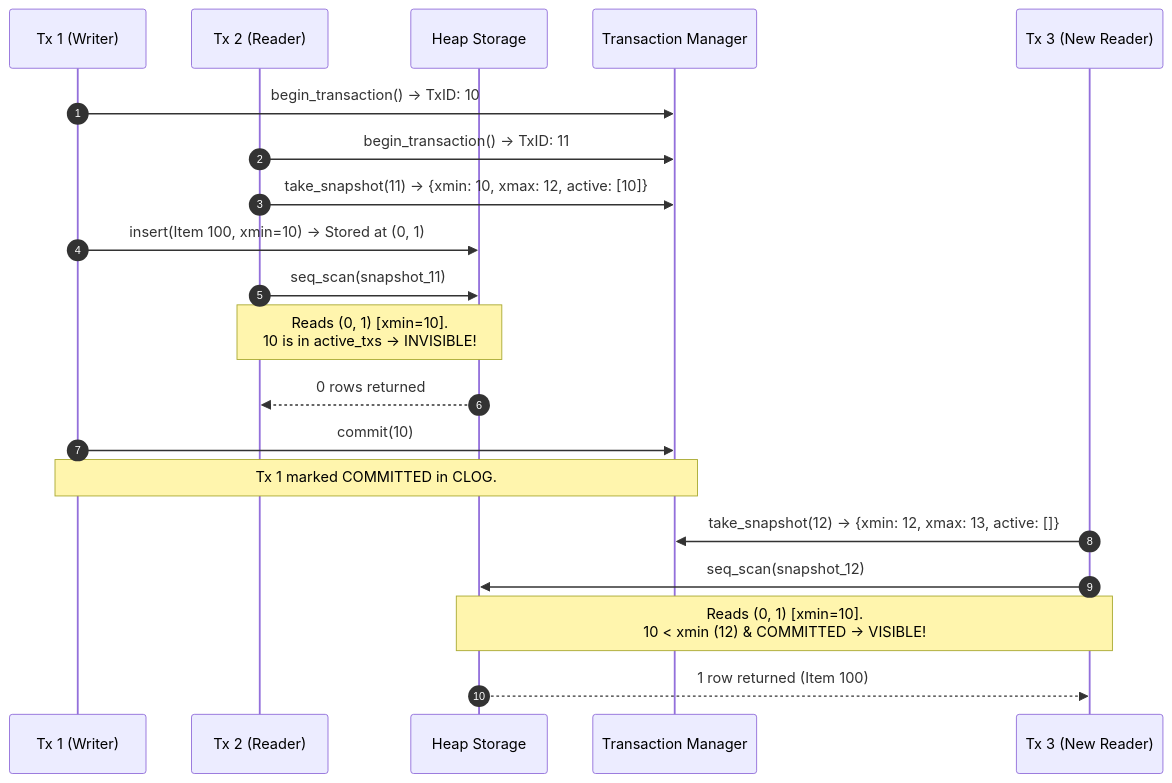
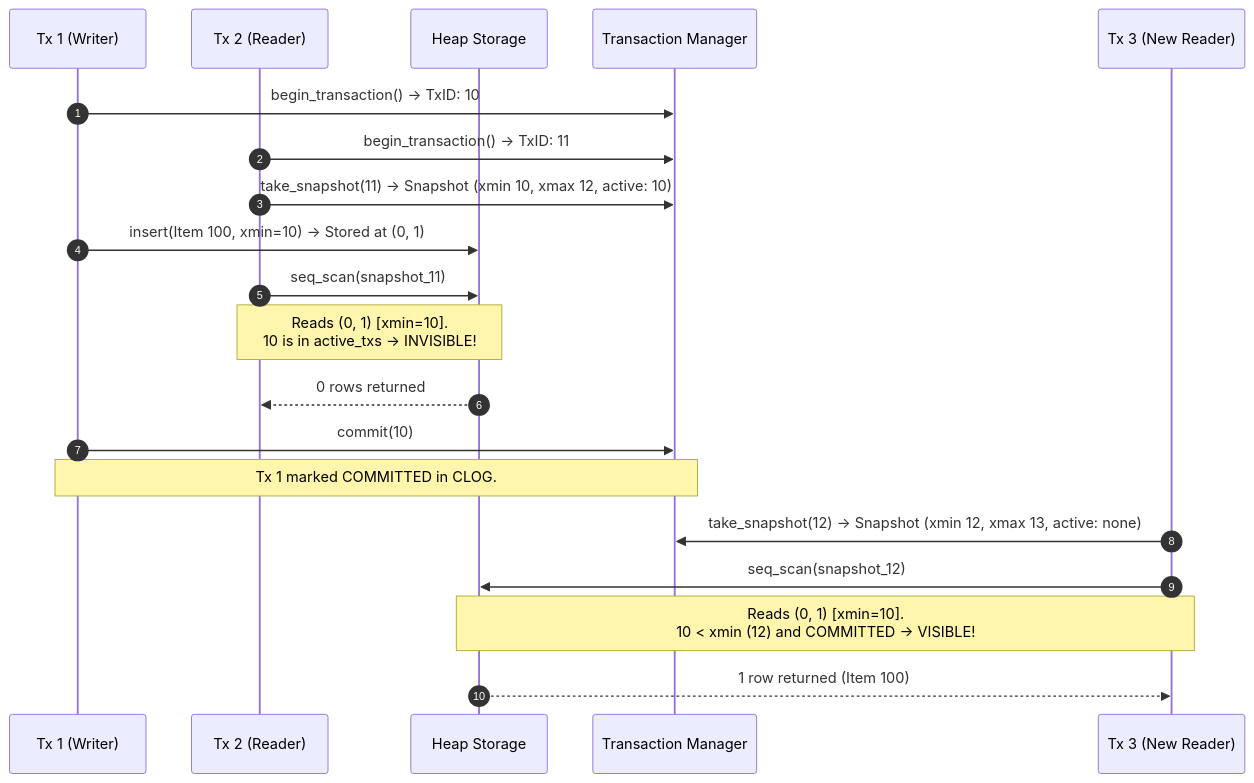
One commit to Nimastic/cpp-postgres changed the second of 2 diagrams in notes/atlas/04-mvcc-and-snapshots.md. Above: the diagram before and after it, drawn with Mermaid. The commit also changed 16 other files, not shown here.

First line of the commit message:
fix(atlas): resolve all Mermaid diagram and LaTeX syntax parsing errors

````diff
--- a/notes/atlas/04-mvcc-and-snapshots.md
+++ b/notes/atlas/04-mvcc-and-snapshots.md
@@ -44,26 +44,26 @@
 ```mermaid
 sequenceDiagram
     autonumber
     participant Tx1 as Tx 1 (Writer)
     participant Tx2 as Tx 2 (Reader)
     participant Heap as Heap Storage
     participant TM as Transaction Manager
 
     Tx1->>TM: begin_transaction() -> TxID: 10
     Tx2->>TM: begin_transaction() -> TxID: 11
-    Tx2->>TM: take_snapshot(11) -> {xmin: 10, xmax: 12, active: [10]}
+    Tx2->>TM: take_snapshot(11) -> Snapshot (xmin 10, xmax 12, active: 10)
 
     Tx1->>Heap: insert(Item 100, xmin=10) -> Stored at (0, 1)
     Tx2->>Heap: seq_scan(snapshot_11)
     Note over Tx2,Heap: Reads (0, 1) [xmin=10].<br/>10 is in active_txs -> INVISIBLE!
     Heap-->>Tx2: 0 rows returned
 
     Tx1->>TM: commit(10)
     Note over Tx1,TM: Tx 1 marked COMMITTED in CLOG.
 
     participant Tx3 as Tx 3 (New Reader)
-    Tx3->>TM: take_snapshot(12) -> {xmin: 12, xmax: 13, active: []}
+    Tx3->>TM: take_snapshot(12) -> Snapshot (xmin 12, xmax 13, active: none)
     Tx3->>Heap: seq_scan(snapshot_12)
-    Note over Tx3,Heap: Reads (0, 1) [xmin=10].<br/>10 < xmin (12) & COMMITTED -> VISIBLE!
+    Note over Tx3,Heap: Reads (0, 1) [xmin=10].<br/>10 < xmin (12) and COMMITTED -> VISIBLE!
     Heap-->>Tx3: 1 row returned (Item 100)
 ```
````
